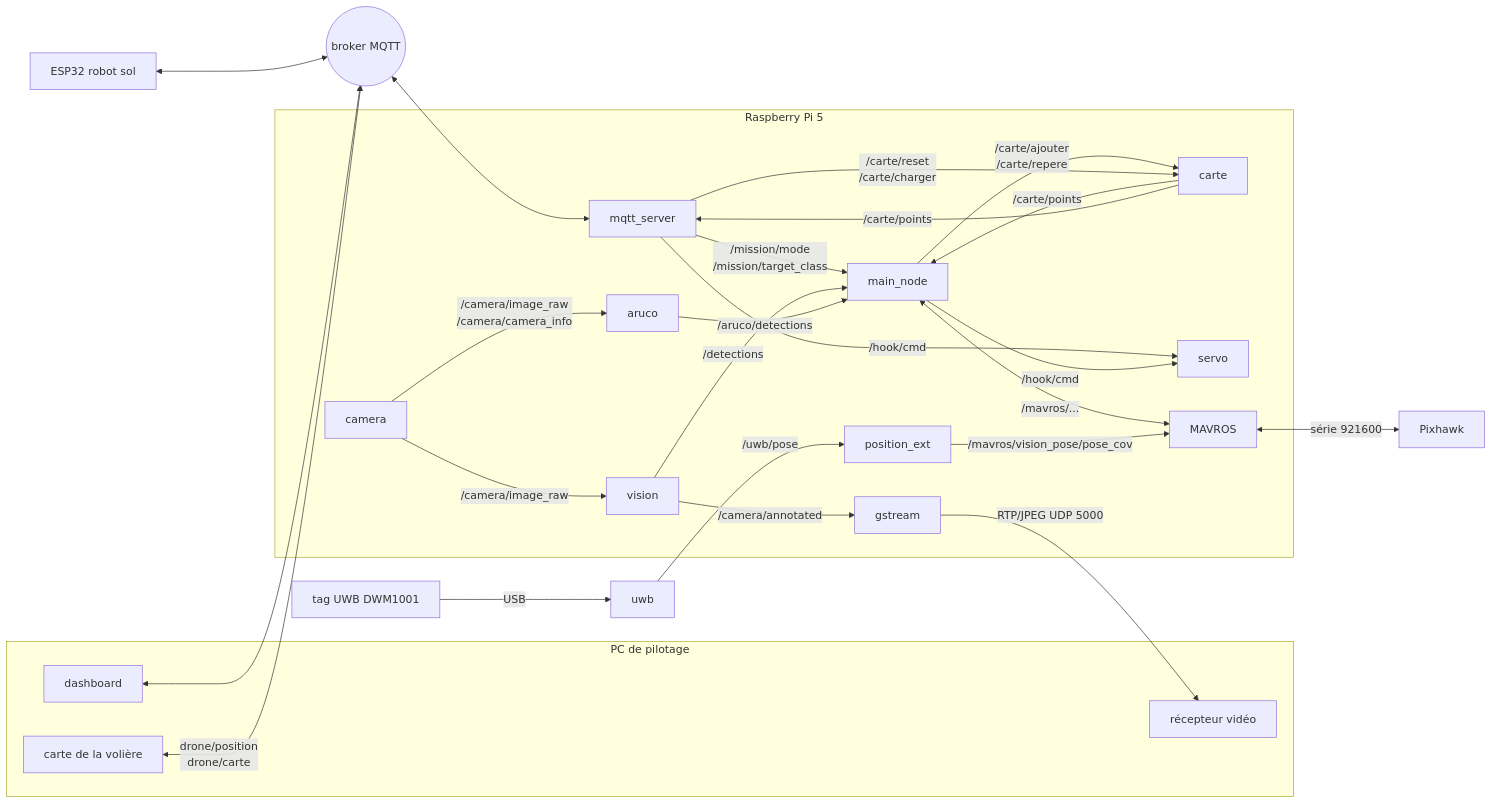
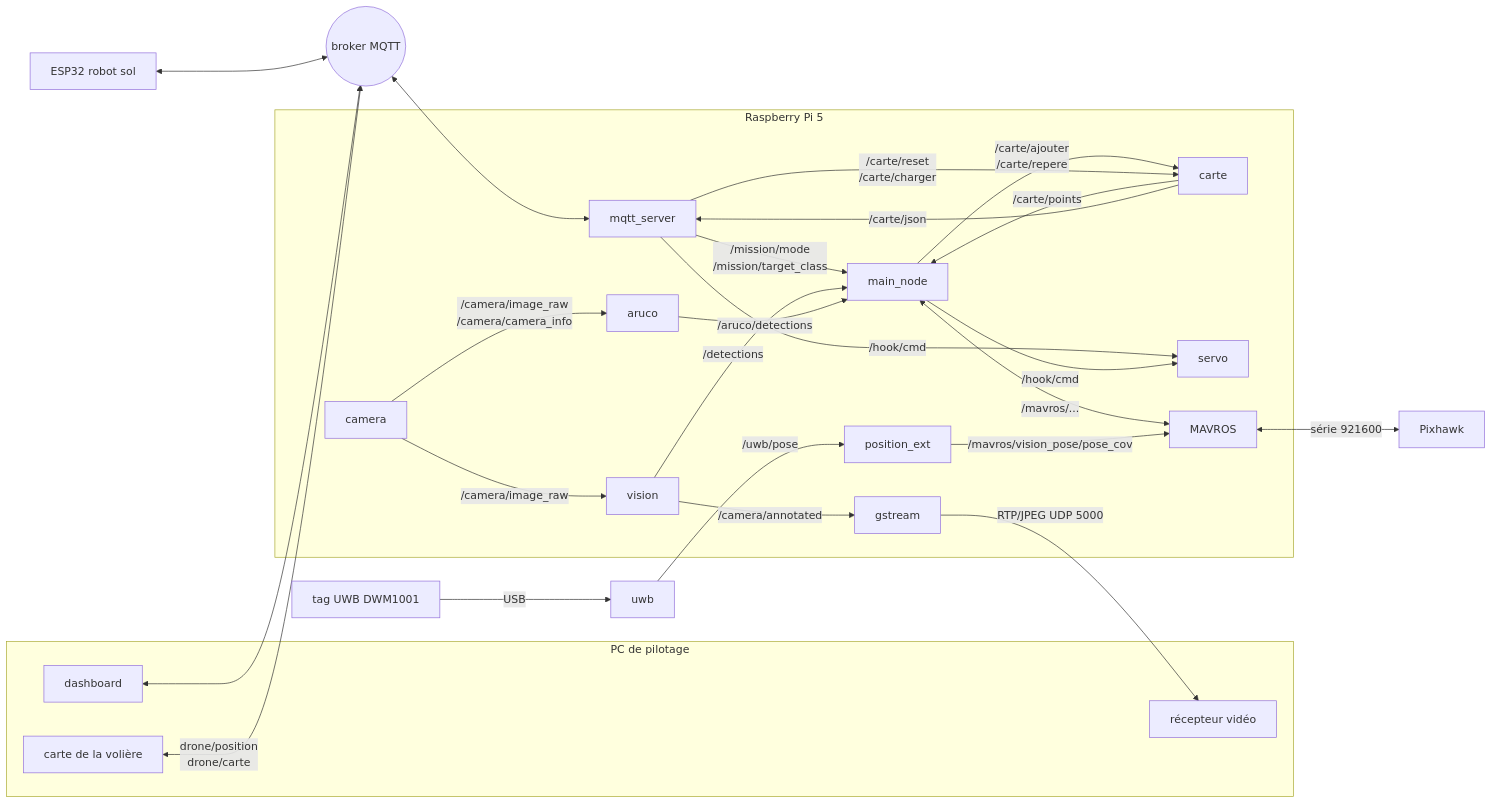
The diagram in docs/architecture.md (Valrobotik/DroneLoad), drawn with Mermaid before and after one commit. The commit also changed other lines of this file and 8 other files, not shown here.

First line of the commit message:
Relecture de la carte : JSON du dashboard publié par le nœud carte, commentaires et doc

````diff
--- a/docs/architecture.md
+++ b/docs/architecture.md
@@ -43,47 +43,47 @@
 ```mermaid
 flowchart LR
   subgraph PC[PC de pilotage]
     dash[dashboard]
     vid[récepteur vidéo]
     carteg[carte de la volière]
   end
   esp[ESP32 robot sol]
   broker((broker MQTT))
   subgraph Pi[Raspberry Pi 5]
     mqtt[mqtt_server]
     main[main_node]
     cam[camera]
     vis[vision]
     aru[aruco]
     carte[carte]
     gst[gstream]
     servo[servo]
     pext[position_ext]
     mavros[MAVROS]
   end
   px[Pixhawk]
   tag[tag UWB DWM1001]
 
   dash <--> broker
   carteg <-- drone/position<br>drone/carte --> broker
   esp <--> broker
   broker <--> mqtt
   mqtt -- /mission/mode<br>/mission/target_class --> main
   mqtt -- /hook/cmd --> servo
   main -- /hook/cmd --> servo
   cam -- /camera/image_raw --> vis
   cam -- /camera/image_raw<br>/camera/camera_info --> aru
   vis -- /detections --> main
   vis -- /camera/annotated --> gst
   gst -- RTP/JPEG UDP 5000 --> vid
   main <-- /mavros/... --> mavros
   aru -- /aruco/detections --> main
   main -- /carte/ajouter<br>/carte/repere --> carte
   carte -- /carte/points --> main
-  carte -- /carte/points --> mqtt
+  carte -- /carte/json --> mqtt
   mqtt -- /carte/reset<br>/carte/charger --> carte
   tag -- USB --> uwbn[uwb]
   uwbn -- /uwb/pose --> pext
   pext -- /mavros/vision_pose/pose_cov --> mavros
   mavros <-- série 921600 --> px
 ```
````
